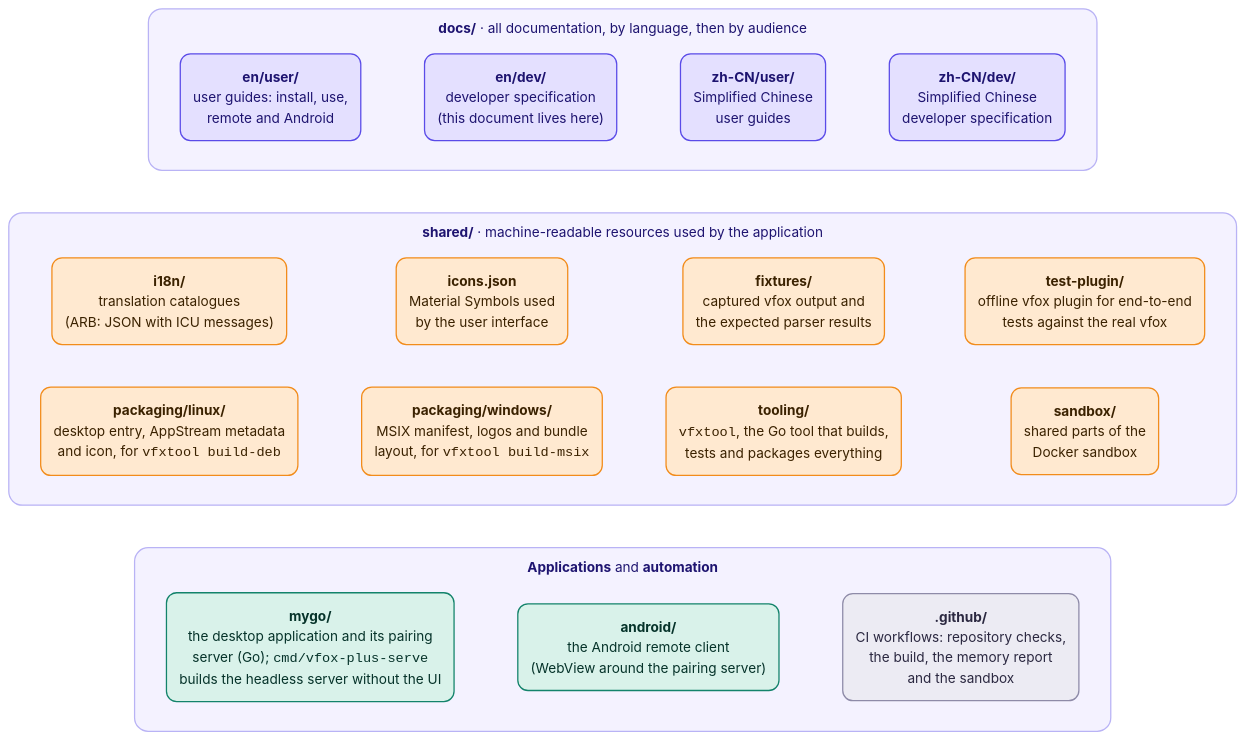
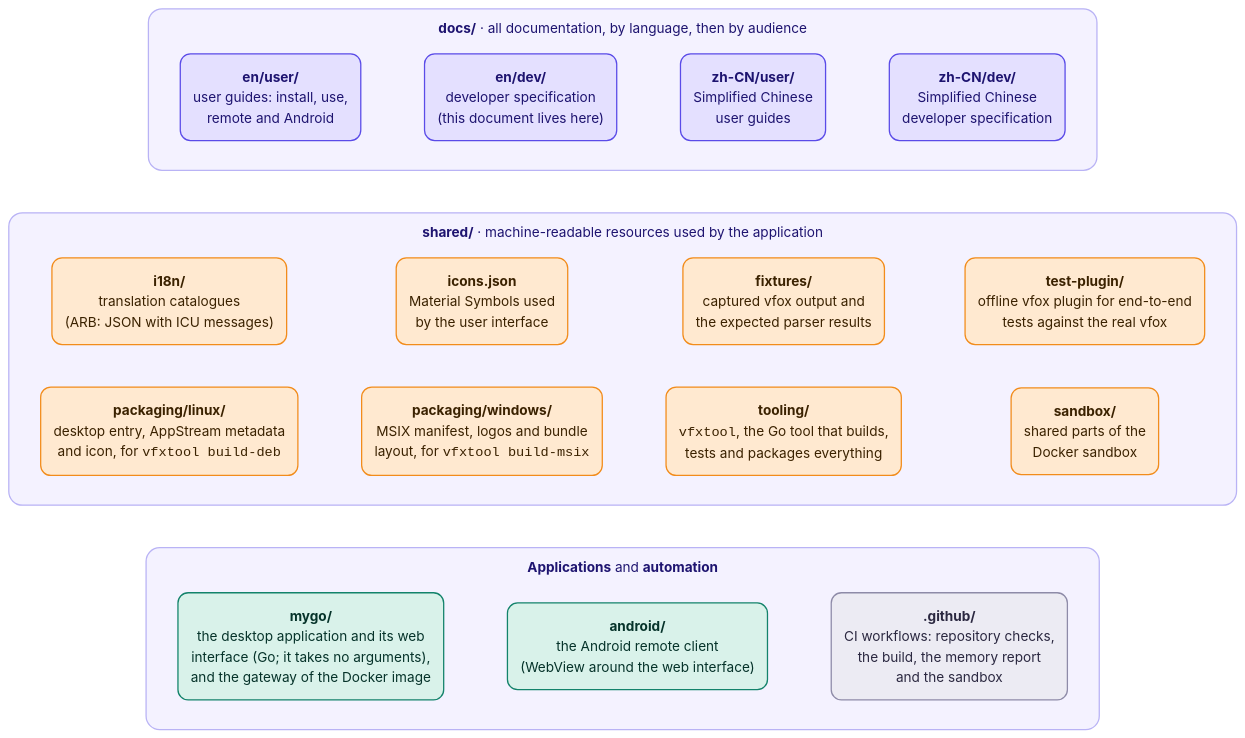
Before and after one commit to version-fox/vfox-plus: the first of 5 diagrams in docs/en/dev/architecture.md, drawn with Mermaid. The commit also changed other lines of this file and 203 other files, not shown here.

First line of the commit message:
Make vfox+ a GUI-only application, with the web interface, the lightweight mode and an icon in the tray as settings (#51)

````diff
--- a/docs/en/dev/architecture.md
+++ b/docs/en/dev/architecture.md
@@ -14,51 +14,51 @@
 ```mermaid
 ---
 config:
   theme: base
   themeVariables:
     fontFamily: "system-ui, -apple-system, 'Segoe UI', 'Noto Sans', 'Noto Sans CJK SC', 'PingFang SC', 'Microsoft YaHei', sans-serif"
     lineColor: "#7C79A8"
     primaryColor: "#FFE9D0"
     primaryBorderColor: "#F28C1B"
     primaryTextColor: "#3B2200"
     clusterBkg: "#F4F2FF"
     clusterBorder: "#B9B3F5"
     titleColor: "#1E1470"
     edgeLabelBackground: "#FFFFFF"
   flowchart:
     curve: basis
     wrappingWidth: 320
     subGraphTitleMargin:
       top: 10
       bottom: 8
 ---
 flowchart TB
     accTitle: Repository layout
-    accDescr: docs holds the documentation, shared the resources used by the application, mygo and android the applications, and .github the CI workflows.
+    accDescr: docs holds the documentation, shared the resources used by the application, mygo the application and the gateway of the Docker image, android the Android client, and .github the CI workflows.
     subgraph docs["<b>docs/</b> · all documentation, by language, then by audience"]
         direction LR
         d1("<b>en/user/</b><br/>user guides: install, use,<br/>remote and Android") ~~~ d2("<b>en/dev/</b><br/>developer specification<br/>(this document lives here)") ~~~ d3("<b>zh-CN/user/</b><br/>Simplified Chinese<br/>user guides") ~~~ d4("<b>zh-CN/dev/</b><br/>Simplified Chinese<br/>developer specification")
     end
     subgraph shared["<b>shared/</b> · machine-readable resources used by the application"]
         direction LR
         s1("<b>i18n/</b><br/>translation catalogues<br/>(ARB: JSON with ICU messages)") ~~~ s2("<b>icons.json</b><br/>Material Symbols used<br/>by the user interface") ~~~ s3("<b>fixtures/</b><br/>captured vfox output and<br/>the expected parser results") ~~~ s4("<b>test-plugin/</b><br/>offline vfox plugin for end-to-end<br/>tests against the real vfox")
         s5("<b>packaging/linux/</b><br/>desktop entry, AppStream metadata<br/>and icon, for <code>vfxtool build-deb</code>") ~~~ s6("<b>packaging/windows/</b><br/>MSIX manifest, logos and bundle<br/>layout, for <code>vfxtool build-msix</code>") ~~~ s7("<b>tooling/</b><br/><code>vfxtool</code>, the Go tool that builds,<br/>tests and packages everything") ~~~ s8("<b>sandbox/</b><br/>shared parts of the<br/>Docker sandbox")
     end
     subgraph code["<b>Applications</b> and <b>automation</b>"]
         direction LR
-        m("<b>mygo/</b><br/>the desktop application and its pairing<br/>server (Go); <code>cmd/vfox-plus-serve</code><br/>builds the headless server without the UI") ~~~ a("<b>android/</b><br/>the Android remote client<br/>(WebView around the pairing server)") ~~~ g("<b>.github/</b><br/>CI workflows: repository checks,<br/>the build, the memory report<br/>and the sandbox")
+        m("<b>mygo/</b><br/>the desktop application and its web<br/>interface (Go; it takes no arguments),<br/>and the gateway of the Docker image") ~~~ a("<b>android/</b><br/>the Android remote client<br/>(WebView around the web interface)") ~~~ g("<b>.github/</b><br/>CI workflows: repository checks,<br/>the build, the memory report<br/>and the sandbox")
     end
     docs ~~~ shared ~~~ code
 
     classDef docs fill:#E4E0FF,stroke:#5A4BE8,color:#1E1470,stroke-width:1.5px,rx:12,ry:12
     classDef shared fill:#FFE9D0,stroke:#F28C1B,color:#3B2200,stroke-width:1.5px,rx:12,ry:12
     classDef app fill:#D9F2EA,stroke:#13836B,color:#06332A,stroke-width:1.5px,rx:12,ry:12
     classDef ci fill:#ECEBF3,stroke:#8E8BA8,color:#2B2840,stroke-width:1.5px,rx:12,ry:12
     class d1,d2,d3,d4 docs
     class s1,s2,s3,s4,s5,s6,s7,s8 shared
     class m,a app
     class g ci
     style docs fill:#F4F2FF,stroke:#B9B3F5,stroke-width:1.5px,rx:16,ry:16
     style shared fill:#F4F2FF,stroke:#B9B3F5,stroke-width:1.5px,rx:16,ry:16
     style code fill:#F4F2FF,stroke:#B9B3F5,stroke-width:1.5px,rx:16,ry:16
 ```
````
